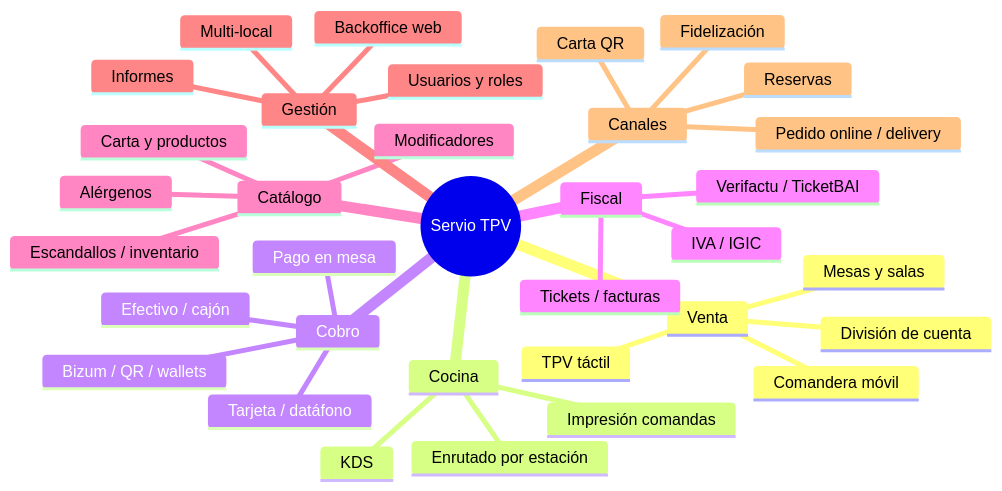
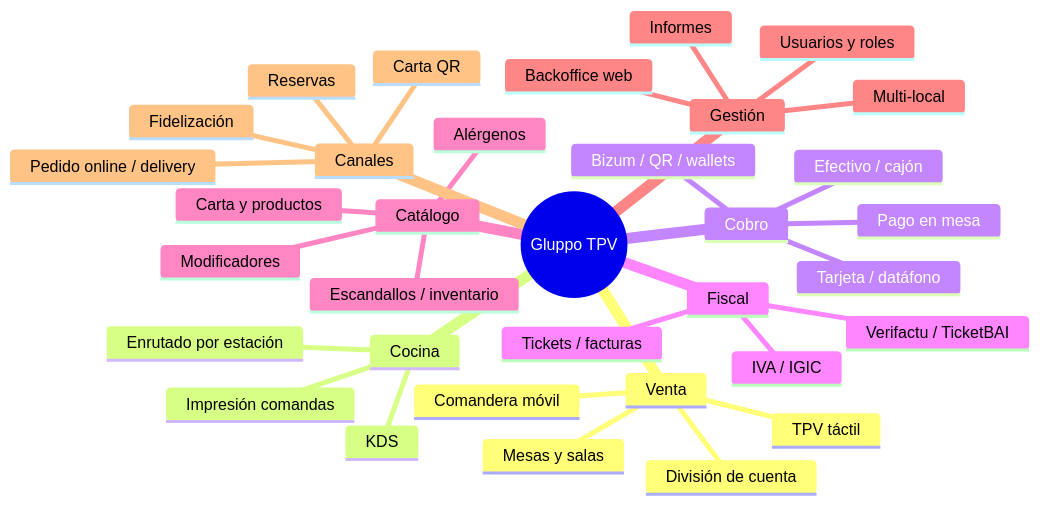
Before and after one commit to Gluuh-dev/gluuh-tpv: the diagram in docs/03-requisitos-funcionales.md, drawn with Mermaid. The commit also changed 50 other files, not shown here.

````diff
--- a/docs/03-requisitos-funcionales.md
+++ b/docs/03-requisitos-funcionales.md
@@ -11,37 +11,37 @@
 ```mermaid
 mindmap
-  root((Servio TPV))
+  root((Gluppo TPV))
     Venta
       TPV táctil
       Comandera móvil
       Mesas y salas
       División de cuenta
     Cocina
       KDS
       Impresión comandas
       Enrutado por estación
     Cobro
       Efectivo / cajón
       Tarjeta / datáfono
       Bizum / QR / wallets
       Pago en mesa
     Fiscal
       Tickets / facturas
       Verifactu / TicketBAI
       IVA / IGIC
     Catálogo
       Carta y productos
       Modificadores
       Alérgenos
       Escandallos / inventario
     Gestión
       Backoffice web
       Informes
       Usuarios y roles
       Multi-local
     Canales
       Carta QR
       Pedido online / delivery
       Reservas
       Fidelización
 ```
````
